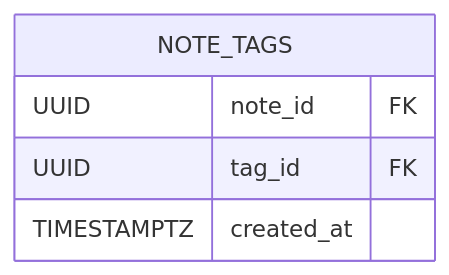
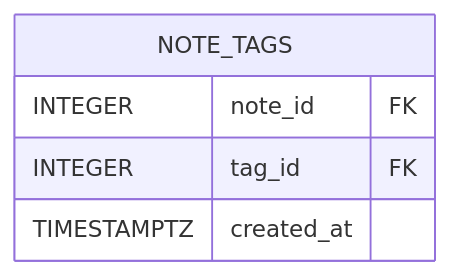
Before and after one commit to go-park-mail-ru/2025_2_FiveCode: diagram 11 of 11 in db/normalized/relations.md, drawn with Mermaid. The commit also changed other lines of this file and 2 other files, not shown here.

Commit message:
add trigger, update er and relations

````diff
--- a/db/normalized/relations.md
+++ b/db/normalized/relations.md
@@ -309,8 +310,8 @@
 ```mermaid
 erDiagram
   NOTE_TAGS {
-    UUID note_id FK
-    UUID tag_id FK 
+    INTEGER note_id FK
+    INTEGER tag_id FK 
     TIMESTAMPTZ created_at
   }
 ```
````
